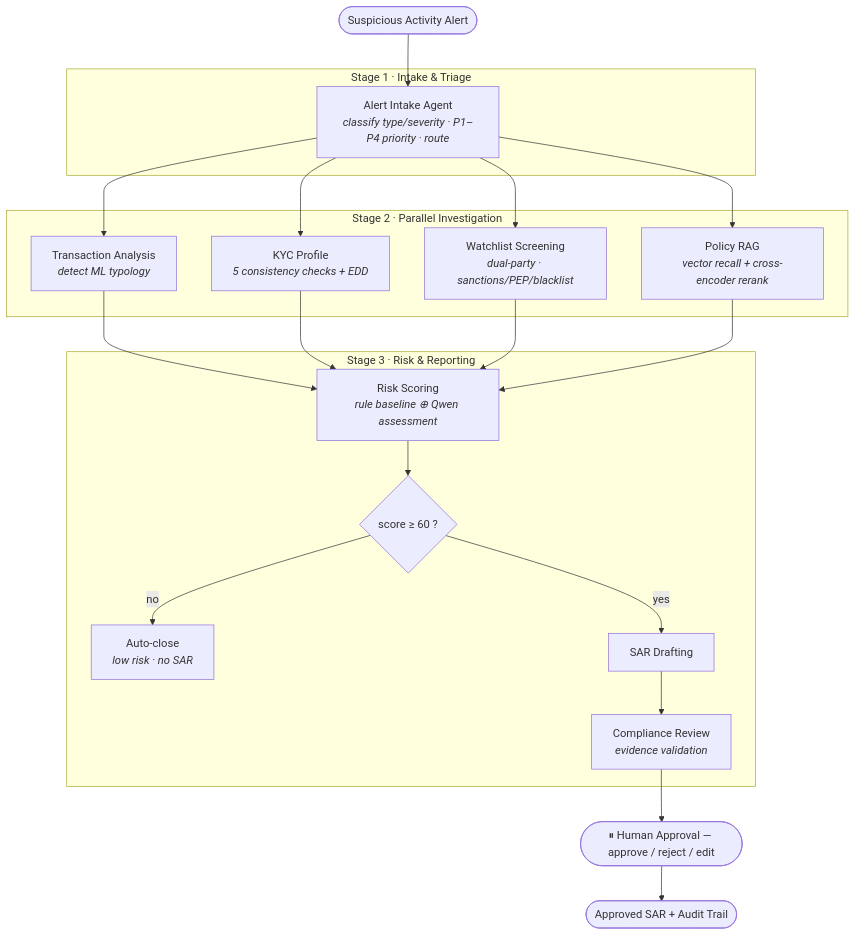
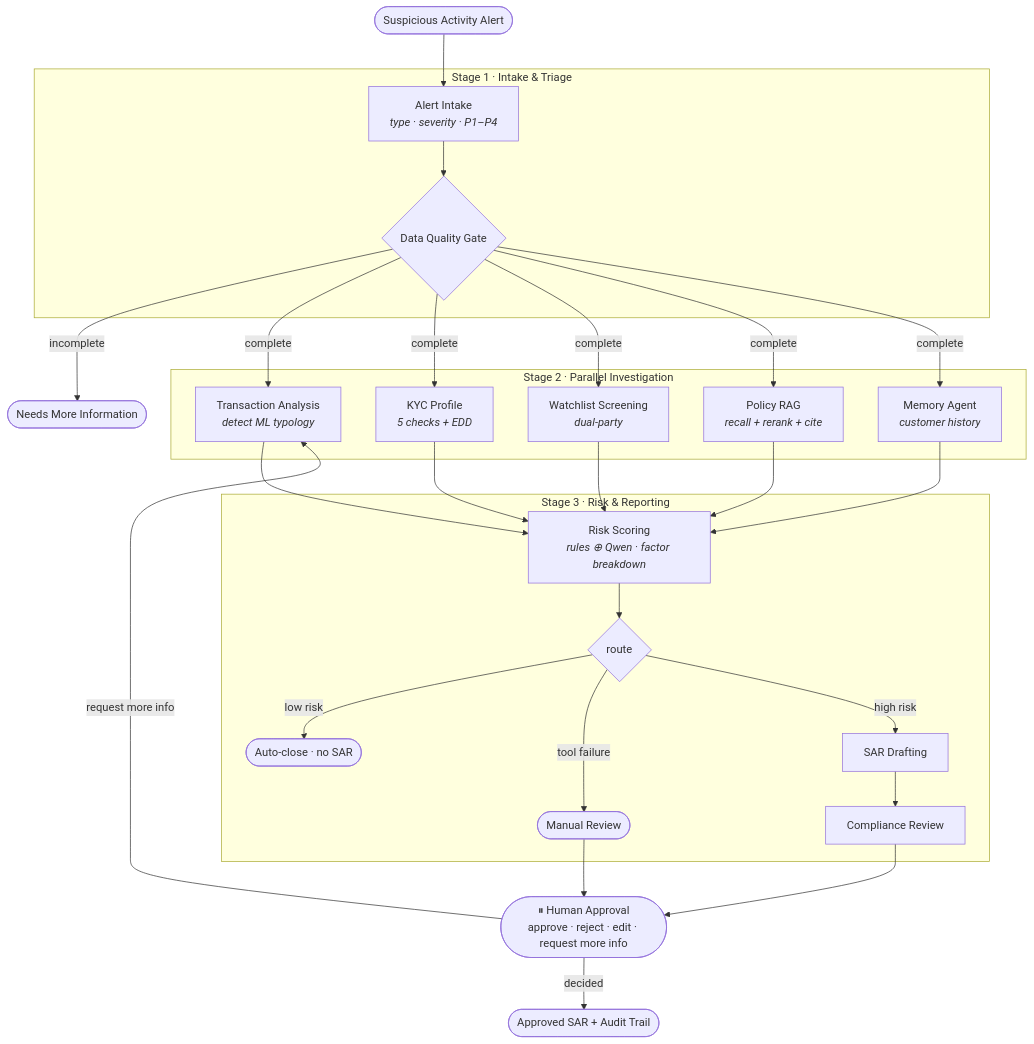
Before and after one commit to sonnysanputra/ComplianceGuard: the diagram in README.md, drawn with Mermaid. The commit also changed other lines of this file and 2 other files, not shown here.

````diff
--- a/README.md
+++ b/README.md
@@ -23,30 +24,27 @@
 ```mermaid
 flowchart TD
     A([Suspicious Activity Alert]) --> B
-
     subgraph S1["Stage 1 · Intake & Triage"]
-        B["Alert Intake Agent<br/><i>classify type/severity · P1–P4 priority · route</i>"]
+        B["Alert Intake<br/><i>type · severity · P1–P4</i>"] --> DQ{"Data Quality Gate"}
     end
-
-    B --> C1 & C2 & C3 & C4
-
+    DQ -- incomplete --> NMI([Needs More Information])
+    DQ -- complete --> C1 & C2 & C3 & C4 & C5
     subgraph S2["Stage 2 · Parallel Investigation"]
         C1["Transaction Analysis<br/><i>detect ML typology</i>"]
-        C2["KYC Profile<br/><i>5 consistency checks + EDD</i>"]
-        C3["Watchlist Screening<br/><i>dual-party · sanctions/PEP/blacklist</i>"]
-        C4["Policy RAG<br/><i>vector recall + cross-encoder rerank</i>"]
+        C2["KYC Profile<br/><i>5 checks + EDD</i>"]
+        C3["Watchlist Screening<br/><i>dual-party</i>"]
+        C4["Policy RAG<br/><i>recall + rerank + cite</i>"]
+        C5["Memory Agent<br/><i>customer history</i>"]
     end
-
-    C1 & C2 & C3 & C4 --> D
-
+    C1 & C2 & C3 & C4 & C5 --> D
     subgraph S3["Stage 3 · Risk & Reporting"]
-        D["Risk Scoring<br/><i>rule baseline ⊕ Qwen assessment</i>"]
-        D --> E{"score ≥ 60 ?"}
-        E -- no --> F["Auto-close<br/><i>low risk · no SAR</i>"]
-        E -- yes --> G["SAR Drafting"]
-        G --> H["Compliance Review<br/><i>evidence validation</i>"]
+        D["Risk Scoring<br/><i>rules ⊕ Qwen · factor breakdown</i>"] --> E{route}
+        E -- low risk --> F([Auto-close · no SAR])
+        E -- tool failure --> MR([Manual Review])
+        E -- high risk --> G["SAR Drafting"] --> H["Compliance Review"]
     end
-
-    H --> I([⏸ Human Approval — approve / reject / edit])
-    I --> J([Approved SAR + Audit Trail])
+    H --> I([⏸ Human Approval<br/>approve · reject · edit · request more info])
+    MR --> I
+    I -- request more info --> C1
+    I -- decided --> J([Approved SAR + Audit Trail])
 ```
````
